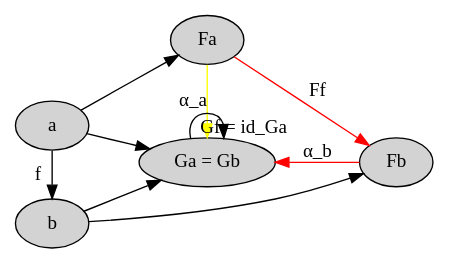
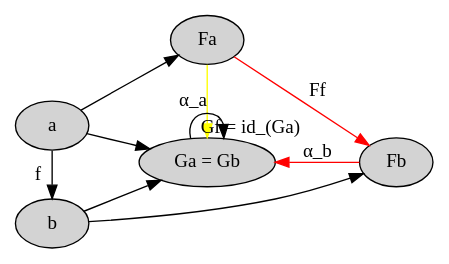
Before and after one commit to evenbrenden/ct4p-challenges: the diagram in chapter17-challenge1-part2.dot, drawn with Graphviz. The commit also changed 9 other files, not shown here.

```diff
--- a/chapter17-challenge1-part2.dot
+++ b/chapter17-challenge1-part2.dot
@@ -1,23 +1,23 @@
 digraph {
   node [style="filled" color="black" fillcolor="lightgray"]
 
   rankdir=LR
   { rank=same a b }
   { rank=same Fa GaGb }
 
   a [label="a"]
   b [label="b"]
   Fa [label="Fa"]
   Fb [label="Fb"]
   GaGb [label="Ga = Gb"]
 
   a -> b [label="f"]
   a -> Fa
   b -> Fb
   a -> GaGb
   b -> GaGb
-  GaGb -> GaGb [xlabel="Gf = id_Ga"]
+  GaGb -> GaGb [xlabel="Gf = id_(Ga)"]
   Fa -> Fb [label="Ff" color="red"]
   Fb -> GaGb [label="α_b" color="red"]
   Fa -> GaGb [label="α_a" color="yellow"]
 }
```
